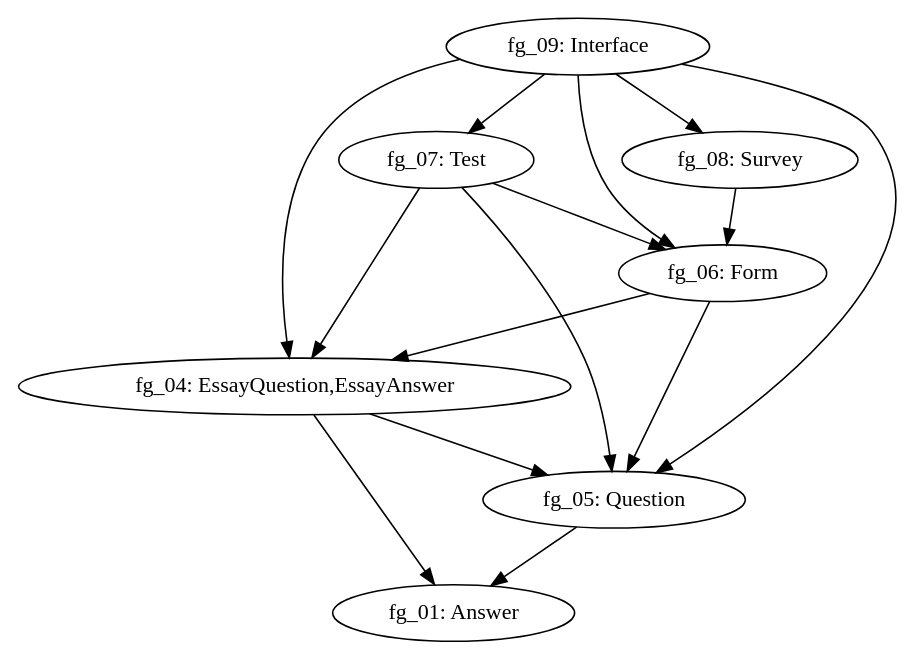
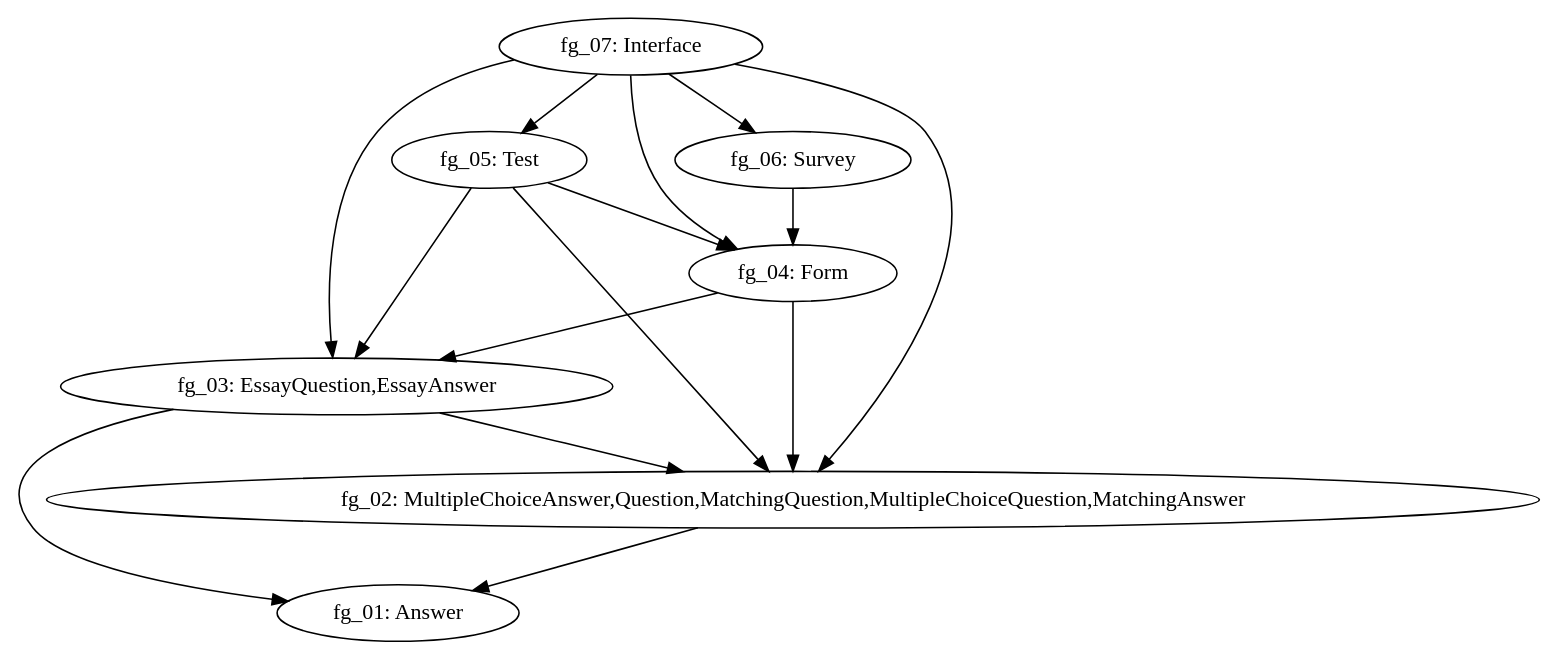
One commit to FrankHZFang/ArchData changed the diagram in files/demo-design2/demo-design2_UH.dot. Above: the diagram before and after it, drawn with Graphviz. The commit also changed 1977 other files, not shown here.

```diff
--- a/files/demo-design2/demo-design2_UH.dot
+++ b/files/demo-design2/demo-design2_UH.dot
@@ -1,16 +1,16 @@
 digraph G { 
-"fg_04: EssayQuestion,EssayAnswer" -> "fg_05: Question"; 
-"fg_04: EssayQuestion,EssayAnswer" -> "fg_01: Answer"; 
-"fg_05: Question" -> "fg_01: Answer"; 
-"fg_06: Form" -> "fg_05: Question"; 
-"fg_06: Form" -> "fg_04: EssayQuestion,EssayAnswer"; 
-"fg_07: Test" -> "fg_06: Form"; 
-"fg_07: Test" -> "fg_05: Question"; 
-"fg_07: Test" -> "fg_04: EssayQuestion,EssayAnswer"; 
-"fg_08: Survey" -> "fg_06: Form"; 
-"fg_09: Interface" -> "fg_08: Survey"; 
-"fg_09: Interface" -> "fg_05: Question"; 
-"fg_09: Interface" -> "fg_06: Form"; 
-"fg_09: Interface" -> "fg_04: EssayQuestion,EssayAnswer"; 
-"fg_09: Interface" -> "fg_07: Test"; 
+"fg_02: MultipleChoiceAnswer,Question,MatchingQuestion,MultipleChoiceQuestion,MatchingAnswer" -> "fg_01: Answer"; 
+"fg_03: EssayQuestion,EssayAnswer" -> "fg_01: Answer"; 
+"fg_03: EssayQuestion,EssayAnswer" -> "fg_02: MultipleChoiceAnswer,Question,MatchingQuestion,MultipleChoiceQuestion,MatchingAnswer"; 
+"fg_04: Form" -> "fg_02: MultipleChoiceAnswer,Question,MatchingQuestion,MultipleChoiceQuestion,MatchingAnswer"; 
+"fg_04: Form" -> "fg_03: EssayQuestion,EssayAnswer"; 
+"fg_05: Test" -> "fg_04: Form"; 
+"fg_05: Test" -> "fg_02: MultipleChoiceAnswer,Question,MatchingQuestion,MultipleChoiceQuestion,MatchingAnswer"; 
+"fg_05: Test" -> "fg_03: EssayQuestion,EssayAnswer"; 
+"fg_06: Survey" -> "fg_04: Form"; 
+"fg_07: Interface" -> "fg_05: Test"; 
+"fg_07: Interface" -> "fg_04: Form"; 
+"fg_07: Interface" -> "fg_02: MultipleChoiceAnswer,Question,MatchingQuestion,MultipleChoiceQuestion,MatchingAnswer"; 
+"fg_07: Interface" -> "fg_06: Survey"; 
+"fg_07: Interface" -> "fg_03: EssayQuestion,EssayAnswer"; 
 }
```
